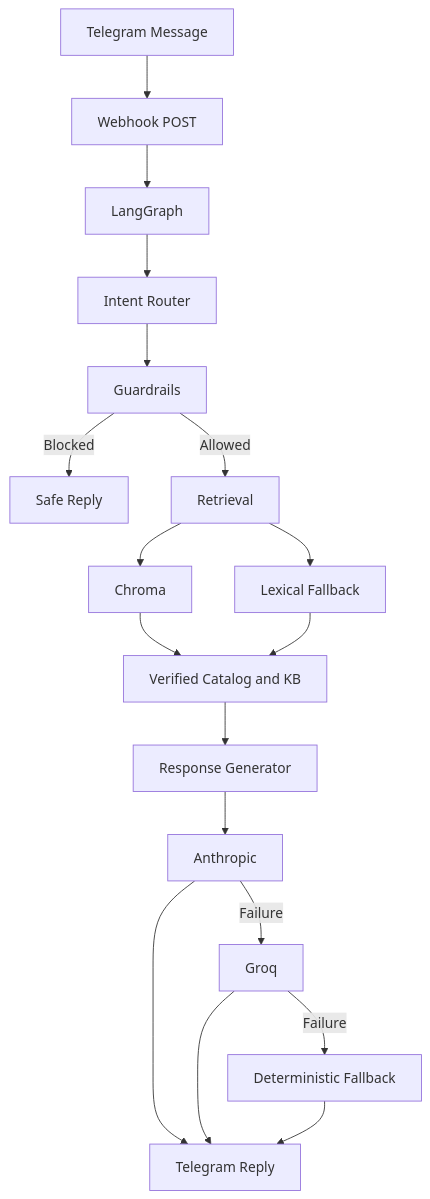
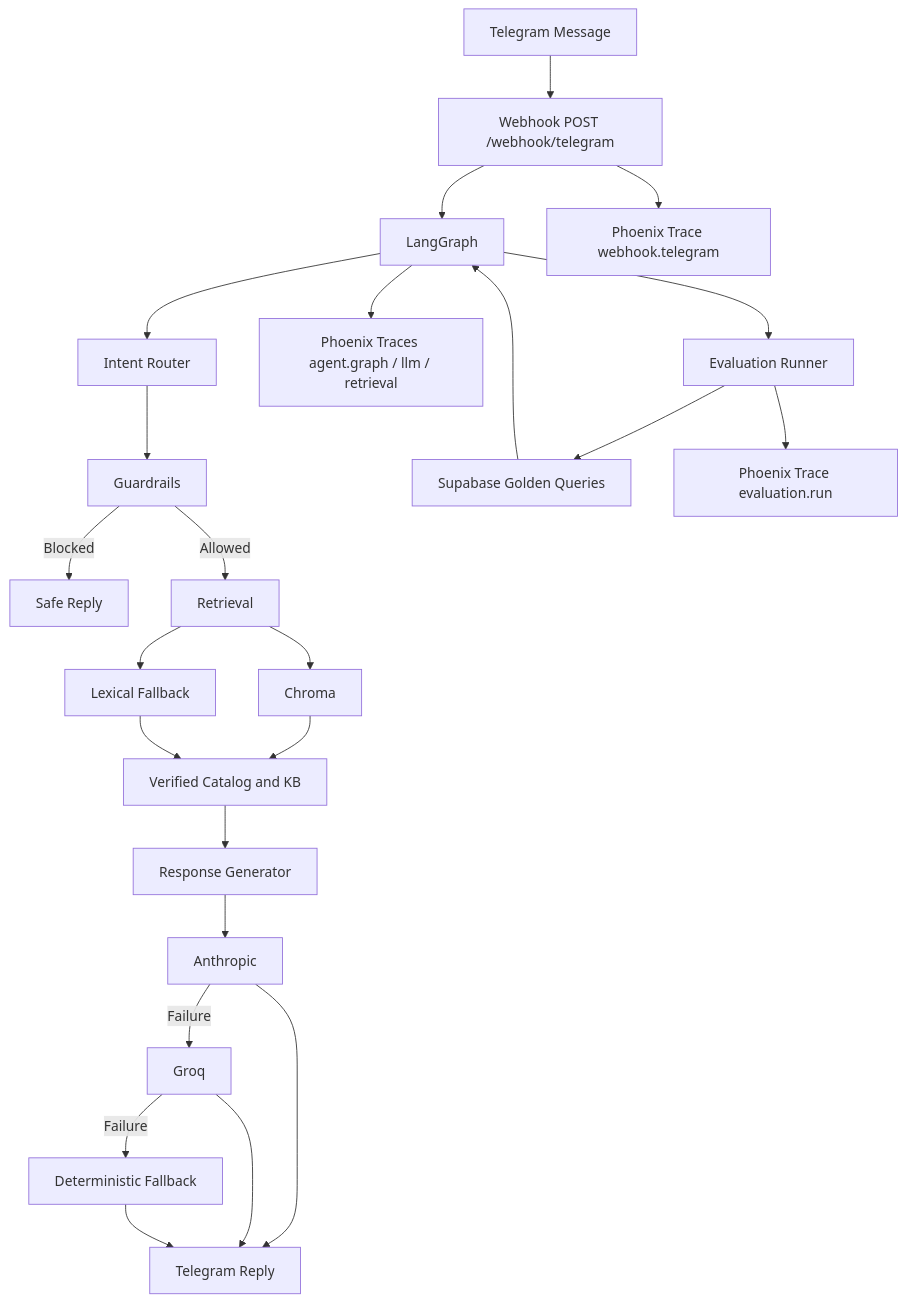
The diagram in README.md (rodezayas/Ecom-Assistant-AiAgent-LangGraph), drawn with Mermaid before and after one commit. The commit also changed other lines of this file and 17 other files, not shown here.

First line of the commit message:
feat: Supabase golden dataset + evaluation runner linked to Phoenix traces (8/8)

````diff
--- a/README.md
+++ b/README.md
@@ -49,20 +57,26 @@
 ```mermaid
 flowchart TD
-    A[Telegram Message] --> B[Webhook POST]
+    A[Telegram Message] --> B[Webhook POST /webhook/telegram]
     B --> C[LangGraph]
     C --> D[Intent Router]
     D --> E[Guardrails]
     E -->|Blocked| F[Safe Reply]
     E -->|Allowed| G[Retrieval]
     G --> H[Chroma]
     G --> I[Lexical Fallback]
     H --> J[Verified Catalog and KB]
     I --> J
     J --> K[Response Generator]
     K --> L[Anthropic]
     L -->|Failure| M[Groq]
     M -->|Failure| N[Deterministic Fallback]
     L --> O[Telegram Reply]
     M --> O
     N --> O
+    B --> P[Phoenix Trace webhook.telegram]
+    C --> Q[Phoenix Traces agent.graph / llm / retrieval]
+    R[Supabase Golden Queries] --> C
+    C --> S[Evaluation Runner]
+    S --> R
+    S --> T[Phoenix Trace evaluation.run]
 ```
````
